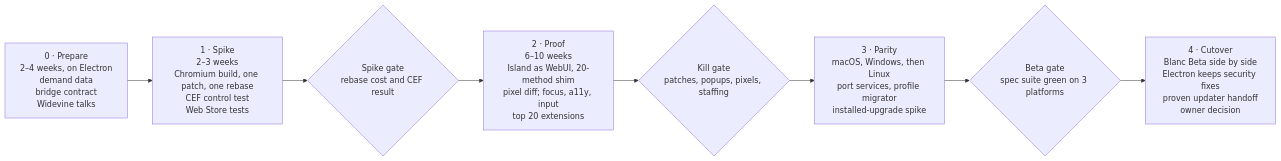
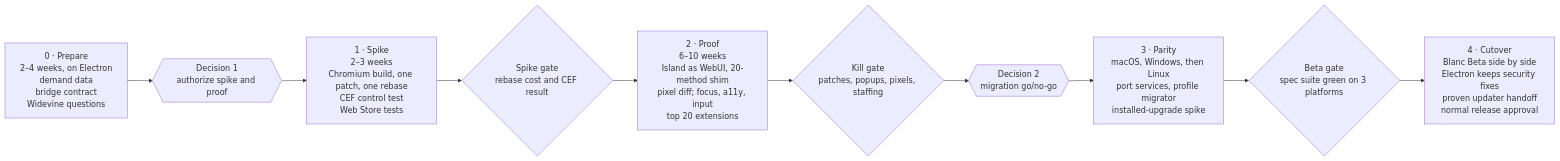
One commit to bnfy/blanc changed the second of 2 diagrams in docs/platform-migration-electron-to-chromium-2026-10-04.md. Above: the diagram before and after it, drawn with Mermaid. The commit also changed other lines of this file, not shown here.

First line of the commit message:
Tighten migration evaluation claims and decision timing

````diff
--- a/docs/platform-migration-electron-to-chromium-2026-10-04.md
+++ b/docs/platform-migration-electron-to-chromium-2026-10-04.md
@@ -196,12 +201,14 @@
 ```mermaid
 flowchart LR
-  P0["0 · Prepare<br/>2–4 weeks, on Electron<br/>demand data<br/>bridge contract<br/>Widevine talks"]
+  P0["0 · Prepare<br/>2–4 weeks, on Electron<br/>demand data<br/>bridge contract<br/>Widevine questions"]
+  D1{{"Decision 1<br/>authorize spike and proof"}}
   P1["1 · Spike<br/>2–3 weeks<br/>Chromium build, one patch, one rebase<br/>CEF control test<br/>Web Store tests"]
   G1{"Spike gate<br/>rebase cost and CEF result"}
   P2["2 · Proof<br/>6–10 weeks<br/>Island as WebUI, 20-method shim<br/>pixel diff; focus, a11y, input<br/>top 20 extensions"]
   G2{"Kill gate<br/>patches, popups, pixels, staffing"}
   P3["3 · Parity<br/>macOS, Windows, then Linux<br/>port services, profile migrator<br/>installed-upgrade spike"]
   G3{"Beta gate<br/>spec suite green on 3 platforms"}
-  P4["4 · Cutover<br/>Blanc Beta side by side<br/>Electron keeps security fixes<br/>proven updater handoff<br/>owner decision"]
-  P0 --> P1 --> G1 --> P2 --> G2 --> P3 --> G3 --> P4
+  D2{{"Decision 2<br/>migration go/no-go"}}
+  P4["4 · Cutover<br/>Blanc Beta side by side<br/>Electron keeps security fixes<br/>proven updater handoff<br/>normal release approval"]
+  P0 --> D1 --> P1 --> G1 --> P2 --> G2 --> D2 --> P3 --> G3 --> P4
 ```
````
